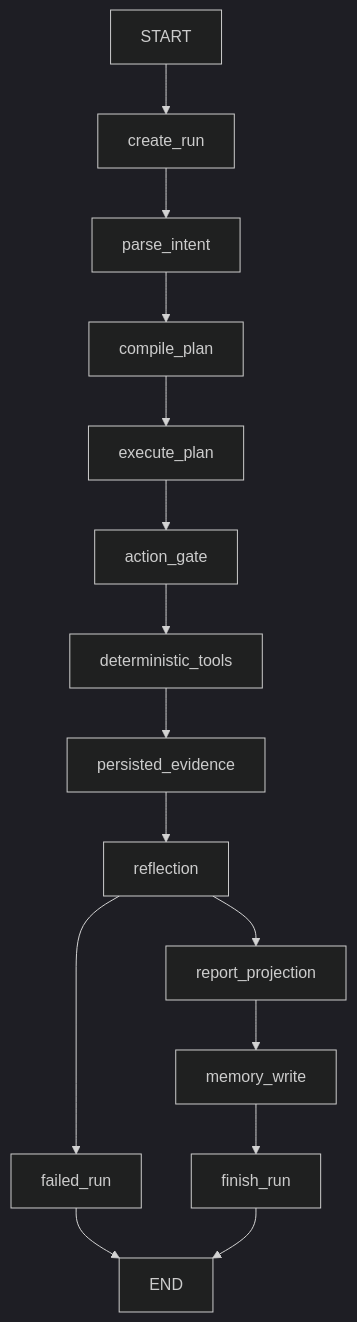
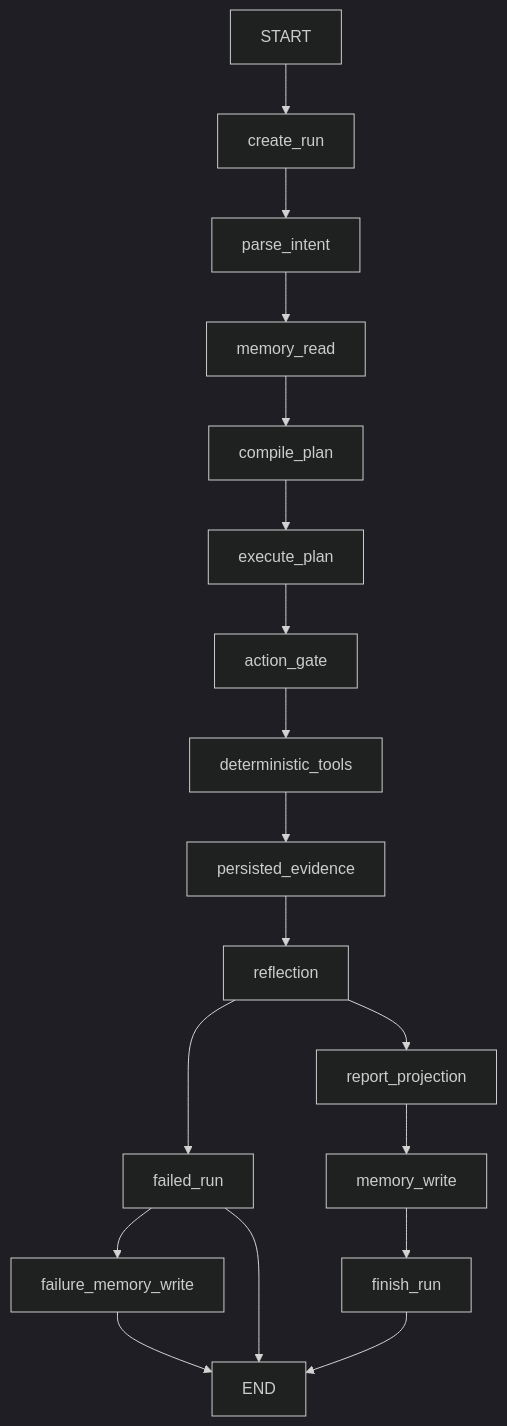
The second of 8 diagrams in docs/architecture.md (WOTMCCR/MetricRCA), drawn with Mermaid (dark theme) before and after one commit. The commit also changed other lines of this file and 75 other files, not shown here.

````diff
--- a/docs/architecture.md
+++ b/docs/architecture.md
@@ -28,17 +33,20 @@
 ```mermaid
 flowchart TD
   START --> create_run
   create_run --> parse_intent
-  parse_intent --> compile_plan
+  parse_intent --> memory_read
+  memory_read --> compile_plan
   compile_plan --> execute_plan
   execute_plan --> action_gate
   action_gate --> deterministic_tools
   deterministic_tools --> persisted_evidence
   persisted_evidence --> reflection
   reflection --> report_projection
   report_projection --> memory_write
   memory_write --> finish_run
   reflection --> failed_run
+  failed_run --> failure_memory_write
+  failure_memory_write --> END
   failed_run --> END
   finish_run --> END
 ```
````
